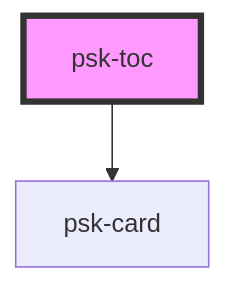
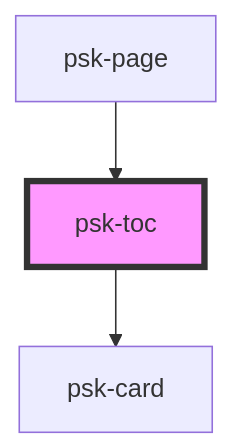
One commit to daniel-visoiu/cardinal changed the diagram in src/components/pages-components/readme.md. Above: the diagram before and after it, drawn with Mermaid. The commit also changed other lines of this file and 6 other files, not shown here.

````diff
--- a/src/components/pages-components/readme.md
+++ b/src/components/pages-components/readme.md
@@ -15,5 +28,6 @@
 ```mermaid
 graph TD;
   psk-toc --> psk-card
+  psk-page --> psk-toc
   style psk-toc fill:#f9f,stroke:#333,stroke-width:4px
 ```
````
